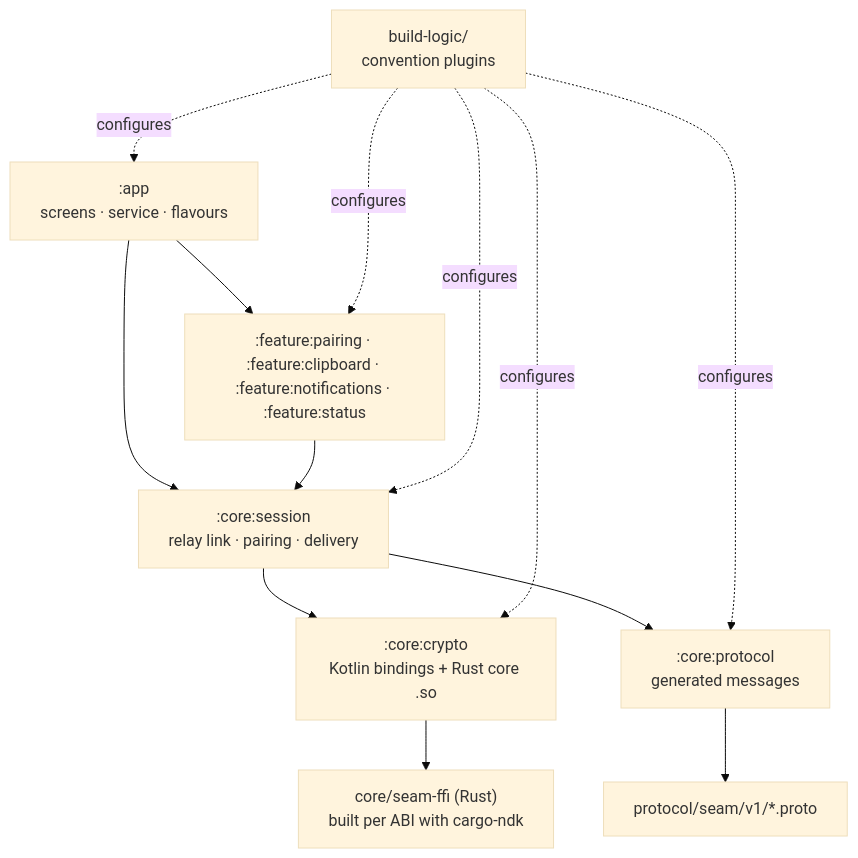
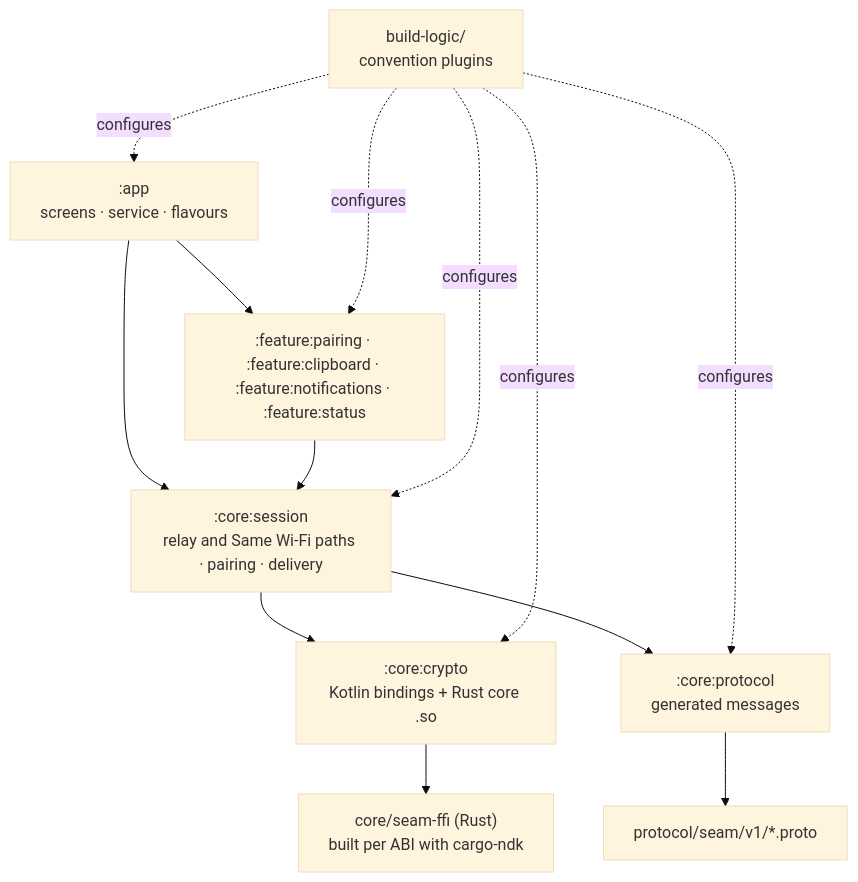
The diagram in apps/android/README.md (aveterosystems/seam), drawn with Mermaid (base theme) before and after one commit. The commit also changed other lines of this file and 3 other files, not shown here.

Commit message:
Docs: each app's session, the core's path rules, the empty-list rule

````diff
--- a/apps/android/README.md
+++ b/apps/android/README.md
@@ -13,11 +13,11 @@
 ```mermaid
 flowchart TB
     app[":app<br/>screens · service · flavours"] --> features[":feature:pairing · :feature:clipboard · :feature:notifications · :feature:status"]
     app --> session
-    features --> session[":core:session<br/>relay link · pairing · delivery"]
+    features --> session[":core:session<br/>relay and Same Wi‑Fi paths · pairing · delivery"]
     session --> crypto[":core:crypto<br/>Kotlin bindings + Rust core .so"]
     session --> protocol[":core:protocol<br/>generated messages"]
     crypto --> rust["core/seam-ffi (Rust)<br/>built per ABI with cargo-ndk"]
     protocol --> proto["protocol/seam/v1/*.proto"]
     logic["build-logic/<br/>convention plugins"] -. "configures" .-> app & features & session & crypto & protocol
 ```
````
